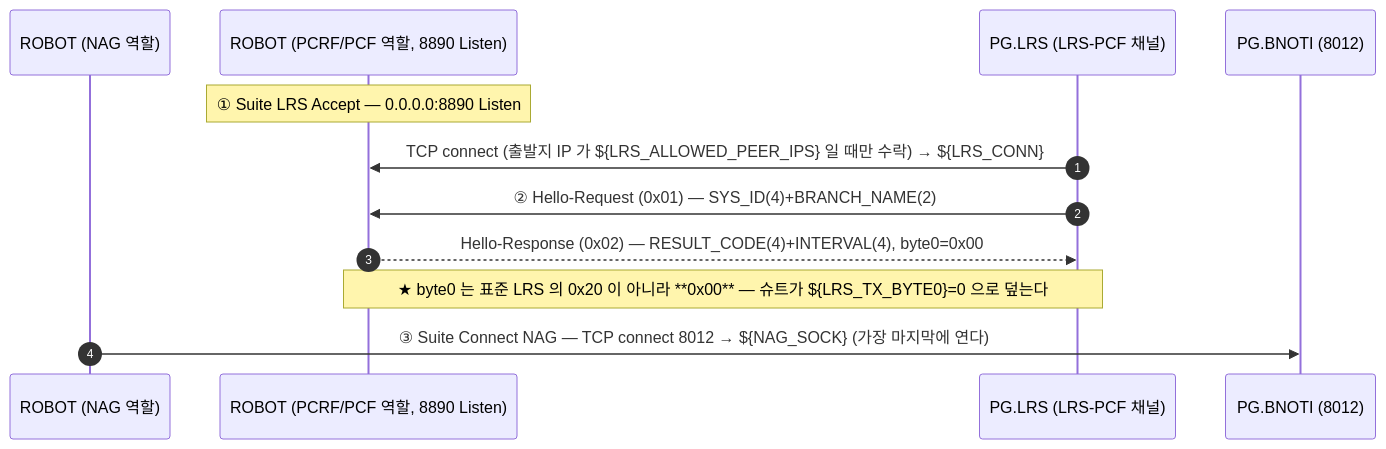
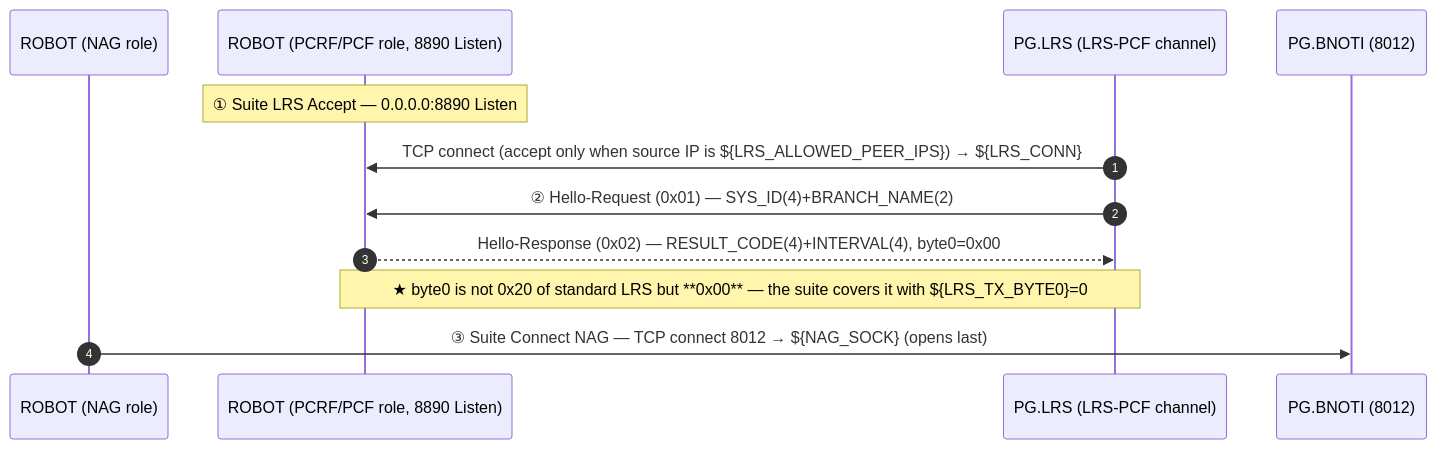
One commit to IanKim2030/tc4robot changed the first of 5 diagrams in docs/callflow/nag_callflow.md. Above: the diagram before and after it, drawn with Mermaid. The commit also changed other lines of this file and 83 other files, not shown here.

````diff
--- a/docs/callflow/nag_callflow.md
+++ b/docs/callflow/nag_callflow.md
@@ -47,15 +47,15 @@
 ```mermaid
 sequenceDiagram
     autonumber
-    participant TOOL as ROBOT (NAG 역할)
-    participant SRV as ROBOT (PCRF/PCF 역할, 8890 Listen)
-    participant PLRS as PG.LRS (LRS-PCF 채널)
+    participant TOOL as ROBOT (NAG role)
+    participant SRV as ROBOT (PCRF/PCF role, 8890 Listen)
+    participant PLRS as PG.LRS (LRS-PCF channel)
     participant PG as PG.BNOTI (8012)
 
     Note over SRV: ① Suite LRS Accept — 0.0.0.0:8890 Listen
-    PLRS->>SRV: TCP connect (출발지 IP 가 ${LRS_ALLOWED_PEER_IPS} 일 때만 수락) → ${LRS_CONN}
+    PLRS->>SRV:TCP connect (accept only when source IP is ${LRS_ALLOWED_PEER_IPS}) → ${LRS_CONN}
     PLRS->>SRV: ② Hello-Request (0x01) — SYS_ID(4)+BRANCH_NAME(2)
     SRV-->>PLRS: Hello-Response (0x02) — RESULT_CODE(4)+INTERVAL(4), byte0=0x00
-    Note over SRV,PLRS: ★ byte0 는 표준 LRS 의 0x20 이 아니라 **0x00** — 슈트가 ${LRS_TX_BYTE0}=0 으로 덮는다
-    TOOL->>PG: ③ Suite Connect NAG — TCP connect 8012 → ${NAG_SOCK} (가장 마지막에 연다)
+    Note over SRV,PLRS:★ byte0 is not 0x20 of standard LRS but **0x00** — the suite covers it with ${LRS_TX_BYTE0}=0
+    TOOL->>PG:③ Suite Connect NAG — TCP connect 8012 → ${NAG_SOCK} (opens last)
 ```
````
